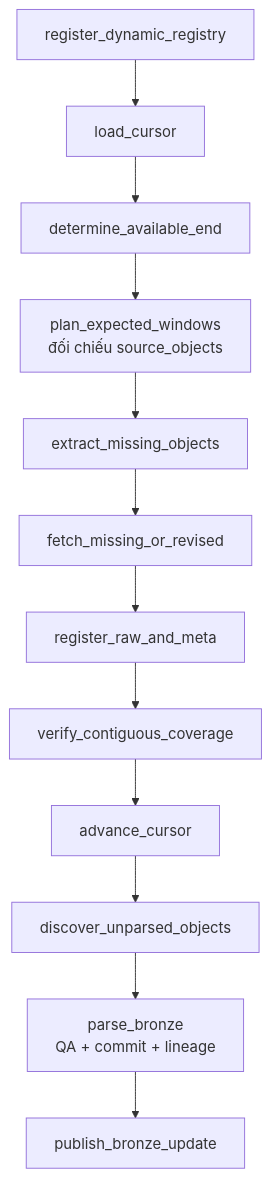
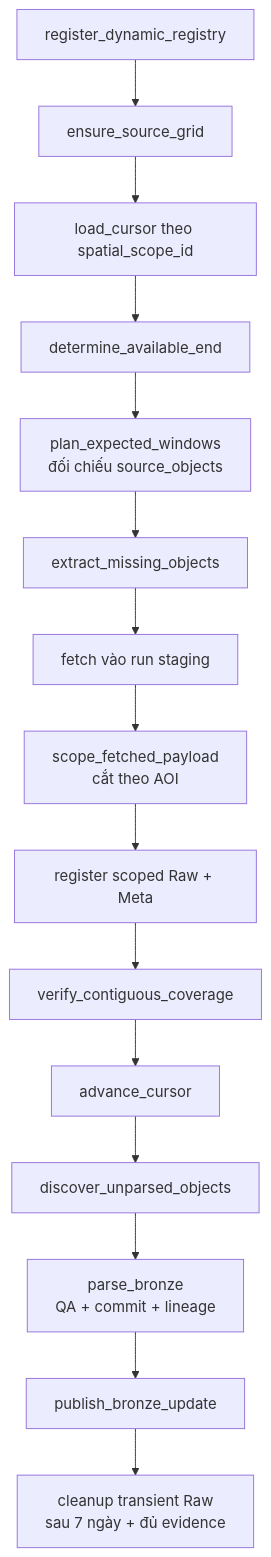
The fifth of 5 diagrams in docs/pipeline_architecture_and_roadmap.md (cloud-vmih/flood-lake-kg), drawn with Mermaid before and after one commit. The commit also changed other lines of this file and 6 other files, not shown here.

````diff
--- a/docs/pipeline_architecture_and_roadmap.md
+++ b/docs/pipeline_architecture_and_roadmap.md
@@ -505,14 +509,17 @@
 ```mermaid
 flowchart TD
-  R["register_dynamic_registry"] --> A["load_cursor"]
+  R["register_dynamic_registry"] --> SG["ensure_source_grid"]
+  SG --> A["load_cursor theo spatial_scope_id"]
   A --> B["determine_available_end"]
   B --> C["plan_expected_windows<br/>đối chiếu source_objects"]
   C --> D["extract_missing_objects"]
-  D --> E["fetch_missing_or_revised"]
-  E --> F["register_raw_and_meta"]
+  D --> E["fetch vào run staging"]
+  E --> S["scope_fetched_payload<br/>cắt theo AOI"]
+  S --> F["register scoped Raw + Meta"]
   F --> G["verify_contiguous_coverage"]
   G --> H["advance_cursor"]
   H --> I["discover_unparsed_objects"]
   I --> J["parse_bronze<br/>QA + commit + lineage"]
   J --> K["publish_bronze_update"]
+  K --> X["cleanup transient Raw<br/>sau 7 ngày + đủ evidence"]
 ```
````
